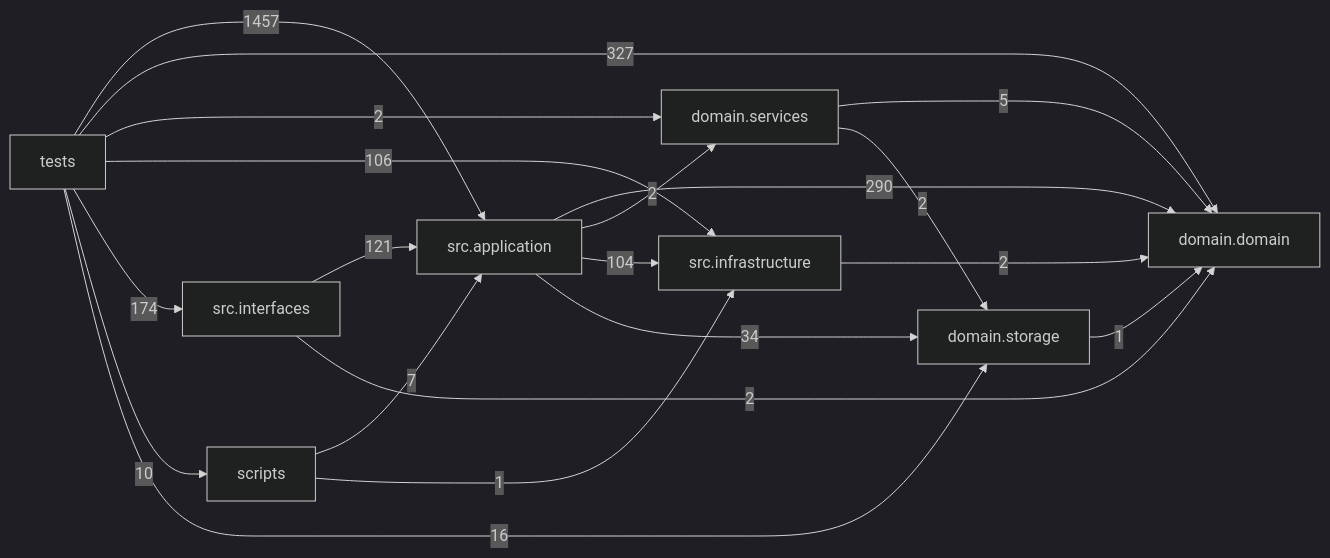
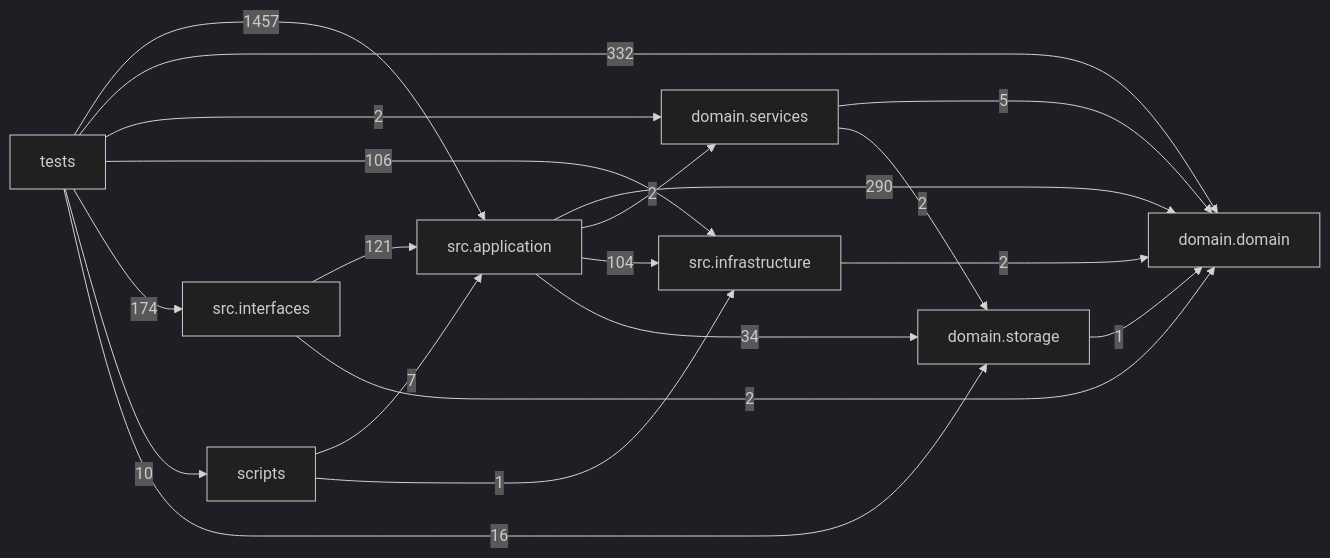
The diagram in docs/DEPENDENCY_GRAPH.md (liuxie066/options-monitor), drawn with Mermaid (dark theme) before and after one commit. The commit also changed other lines of this file and 6 other files, not shown here.

````diff
--- a/docs/DEPENDENCY_GRAPH.md
+++ b/docs/DEPENDENCY_GRAPH.md
@@ -24,30 +24,30 @@
 ```mermaid
 flowchart LR
   tests["tests"]
   scripts["scripts"]
   interfaces["src.interfaces"]
   application["src.application"]
   infrastructure["src.infrastructure"]
   domain_services["domain.services"]
   domain["domain.domain"]
   storage["domain.storage"]
   application -->|290| domain
   application -->|2| domain_services
   application -->|104| infrastructure
   application -->|34| storage
   domain_services -->|5| domain
   domain_services -->|2| storage
   infrastructure -->|2| domain
   interfaces -->|121| application
   interfaces -->|2| domain
   scripts -->|7| application
   scripts -->|1| infrastructure
   storage -->|1| domain
   tests -->|1457| application
-  tests -->|327| domain
+  tests -->|332| domain
   tests -->|2| domain_services
   tests -->|106| infrastructure
   tests -->|174| interfaces
   tests -->|10| scripts
   tests -->|16| storage
 ```
````
